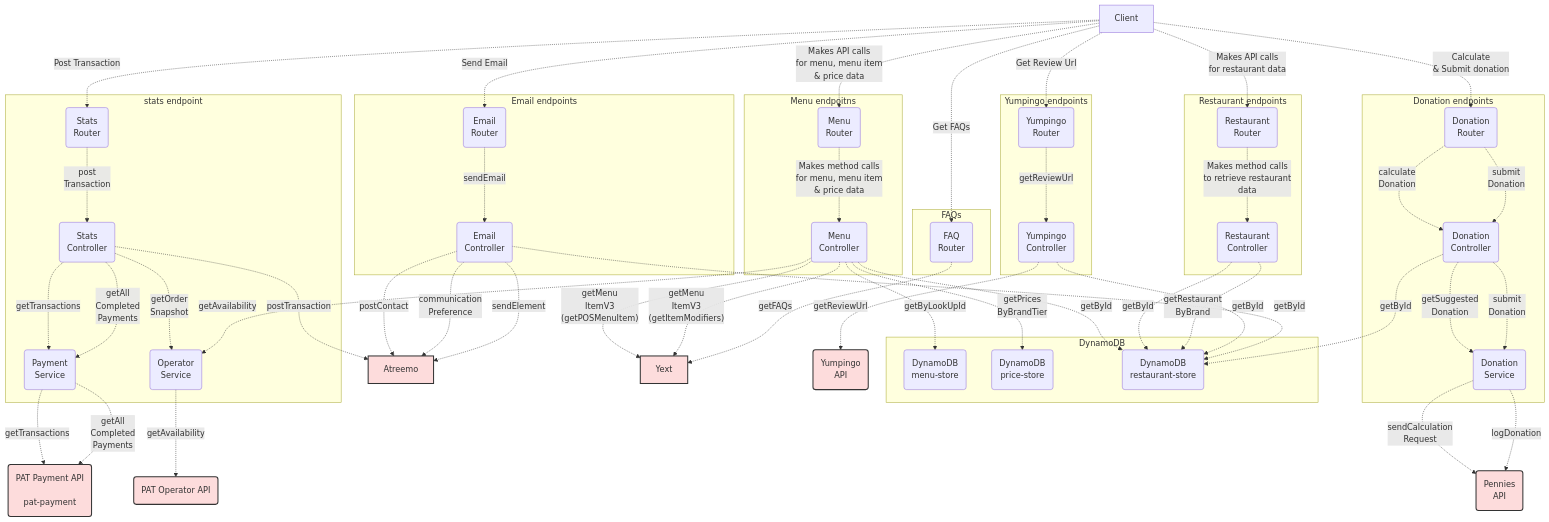
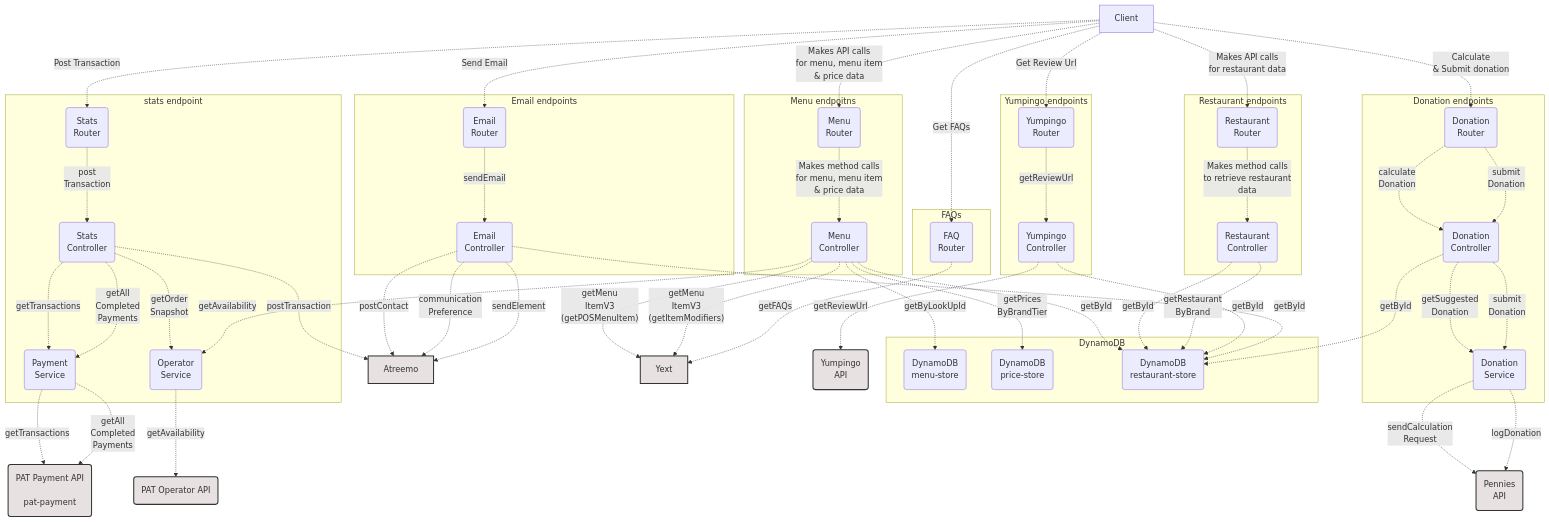
Before and after one commit to anandakumarpalanisamy/css-recipes: the fourth of 9 diagrams in README.md, drawn with Mermaid.

```diff
--- a/README.md
+++ b/README.md
@@ -86,12 +86,12 @@
 %%{init: {'theme':'base','themeVariables': { 'lineColor': '#ffffff', }}}%%
 graph TB
 
-  style Atreemo fill:#FDDCDC,stroke:#333,stroke-width:2px,color:#333
-  style Yext fill:#FDDCDC,stroke:#333,stroke-width:2px,color:#333
-  style PatOperator fill:#FDDCDC,stroke:#333,stroke-width:2px,color:#333
-  style PATPayment fill:#FDDCDC,stroke:#333,stroke-width:2px,color:#333
-  style Yumpingo fill:#FDDCDC,stroke:#333,stroke-width:2px,color:#333
-  style Pennies fill:#FDDCDC,stroke:#333,stroke-width:2px,color:#333
+  style Atreemo fill:#E7E1E1,stroke:#333,stroke-width:2px,color:#333
+  style Yext fill:#E7E1E1,stroke:#333,stroke-width:2px,color:#333
+  style PatOperator fill:#E7E1E1,stroke:#333,stroke-width:2px,color:#333
+  style PATPayment fill:#E7E1E1,stroke:#333,stroke-width:2px,color:#333
+  style Yumpingo fill:#E7E1E1,stroke:#333,stroke-width:2px,color:#333
+  style Pennies fill:#E7E1E1,stroke:#333,stroke-width:2px,color:#333
 
   Client -. "Makes API calls <br/>for menu, menu item<br/> & price data" .-> MenuRouter(Menu<br/>Router)
   Client -. "Makes API calls <br/>for restaurant data" .-> RestaurantRouter(Restaurant<br/>Router)
```
